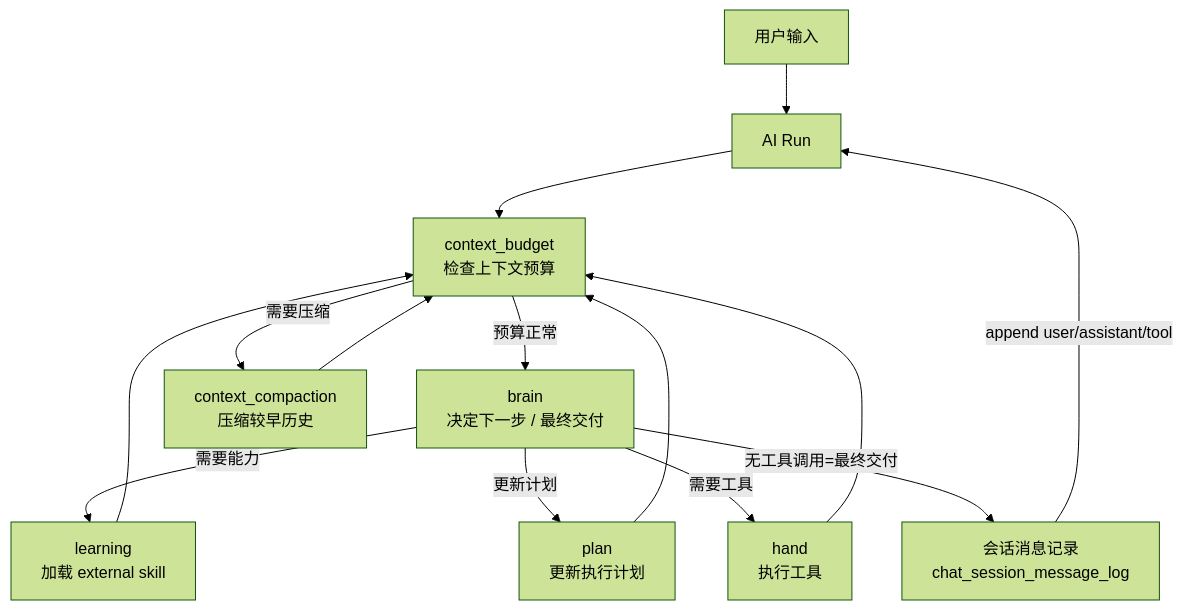
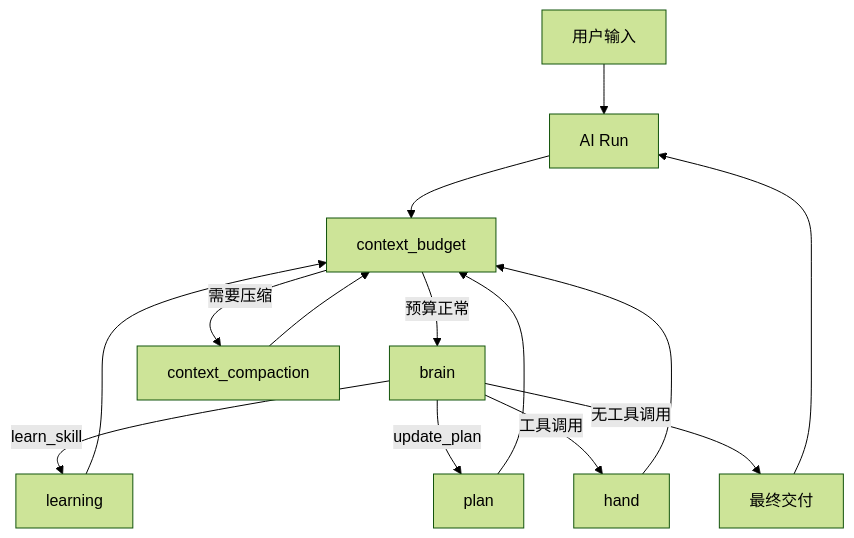
The diagram in doc/architecture.md (Yoan98/Ncurator), drawn with Mermaid (forest theme) before and after one commit. The commit also changed other lines of this file and 2 other files, not shown here.

Commit message:
Update AI test plan with revised results for human-kb-guided-docx-comparison-draft-live, reflecting improved performance metrics and adjustments to outline handling. Document changes include updated success rates, input/output statistics, and detailed analysis of the latest live rounds.

````diff
--- a/doc/architecture.md
+++ b/doc/architecture.md
@@ -98,26 +51,16 @@
 ```mermaid
 flowchart TD
-    U["用户输入"]
-    T["会话消息记录\nchat_session_message_log"]
-    R["AI Run"]
-    B["context_budget\n检查上下文预算"]
-    C["brain\n决定下一步 / 最终交付"]
-    L["learning\n加载 external skill"]
-    D["plan\n更新执行计划"]
-    H["hand\n执行工具"]
-    P["context_compaction\n压缩较早历史"]
-
-    U --> R
-    T -->|append user/assistant/tool| R
-    R --> B
-    B -->|预算正常| C
-    B -->|需要压缩| P
+    U["用户输入"] --> R["AI Run"]
+    R --> B["context_budget"]
+    B -->|预算正常| C["brain"]
+    B -->|需要压缩| P["context_compaction"]
     P --> B
-    C -->|需要能力| L
-    C -->|更新计划| D
-    C -->|需要工具| H
-    C -->|无工具调用=最终交付| T
+    C -->|learn_skill| L["learning"]
+    C -->|update_plan| D["plan"]
+    C -->|工具调用| H["hand"]
+    C -->|无工具调用| T["最终交付"]
     L --> B
     D --> B
     H --> B
+    T --> R
 ```
````
